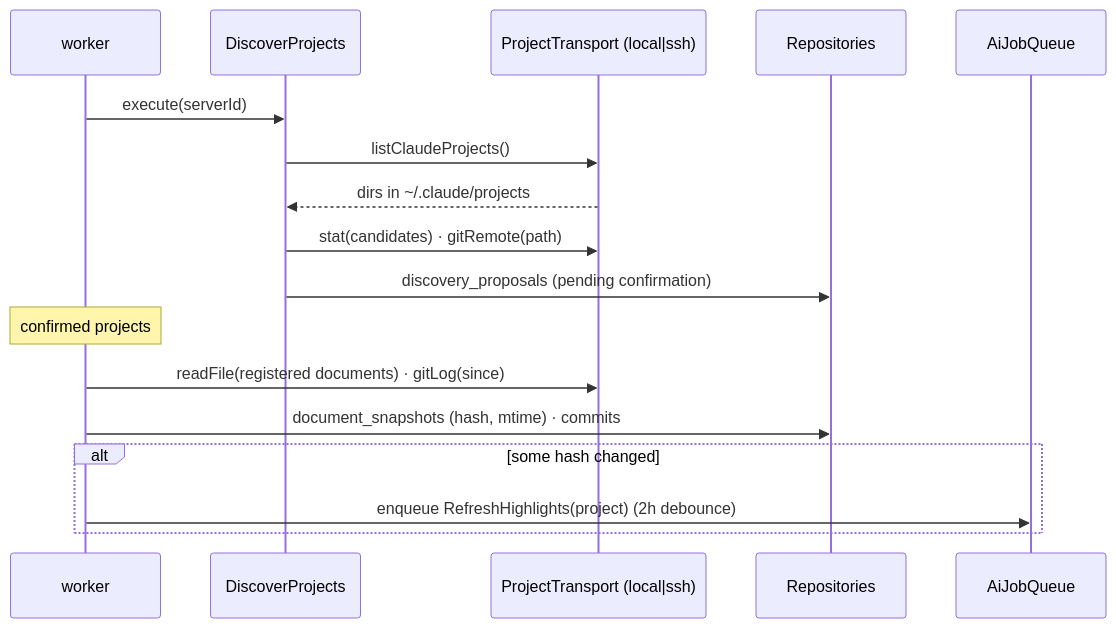
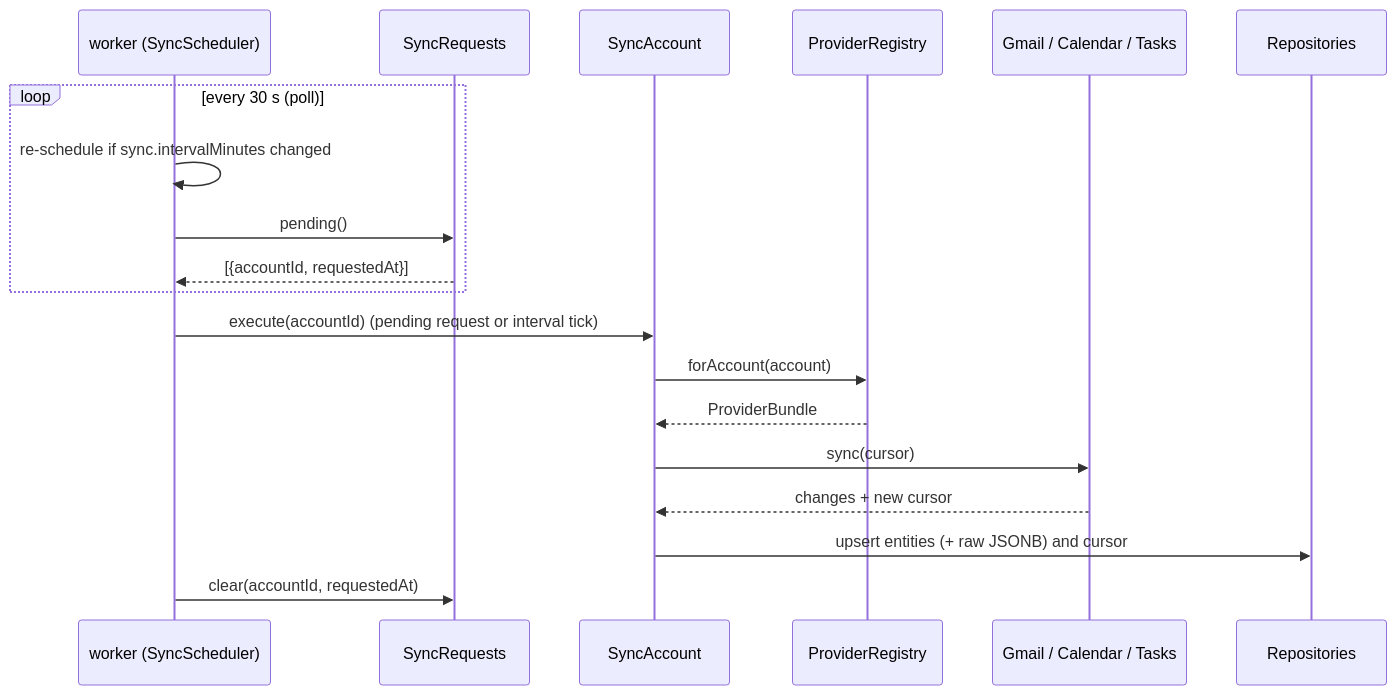
Before and after one commit to srovere/jarvis: the fifth of 6 diagrams in docs/architecture.md, drawn with Mermaid. The commit also changed other lines of this file and 1 other file, not shown here.

First line of the commit message:
docs: describe the architecture and dashboard as built

````diff
--- a/docs/architecture.md
+++ b/docs/architecture.md
@@ -255,19 +167,21 @@
 ```mermaid
 sequenceDiagram
-  participant W as worker
-  participant D as DiscoverProjects
-  participant T as ProjectTransport (local|ssh)
+  participant W as worker (SyncScheduler)
+  participant SR as SyncRequests
+  participant UC as SyncAccount
+  participant R as ProviderRegistry
+  participant P as Gmail / Calendar / Tasks
   participant DB as Repositories
-  participant Q as AiJobQueue
-  W->>D: execute(serverId)
-  D->>T: listClaudeProjects()
-  T-->>D: dirs in ~/.claude/projects
-  D->>T: stat(candidates) · gitRemote(path)
-  D->>DB: discovery_proposals (pending confirmation)
-  Note over W: confirmed projects
-  W->>T: readFile(registered documents) · gitLog(since)
-  W->>DB: document_snapshots (hash, mtime) · commits
-  alt some hash changed
-    W->>Q: enqueue RefreshHighlights(project) (2h debounce)
+  loop every 30 s (poll)
+    W->>W: re-schedule if sync.intervalMinutes changed
+    W->>SR: pending()
+    SR-->>W: [{accountId, requestedAt}]
   end
+  W->>UC: execute(accountId)   (pending request or interval tick)
+  UC->>R: forAccount(account)
+  R-->>UC: ProviderBundle
+  UC->>P: sync(cursor)
+  P-->>UC: changes + new cursor
+  UC->>DB: upsert entities (+ raw JSONB) and cursor
+  W->>SR: clear(accountId, requestedAt)
 ```
````
